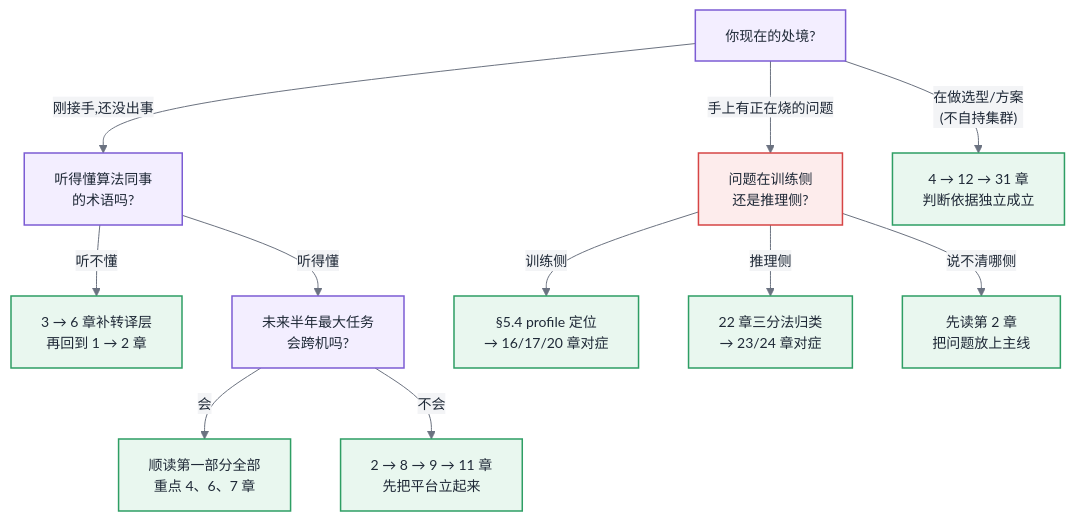
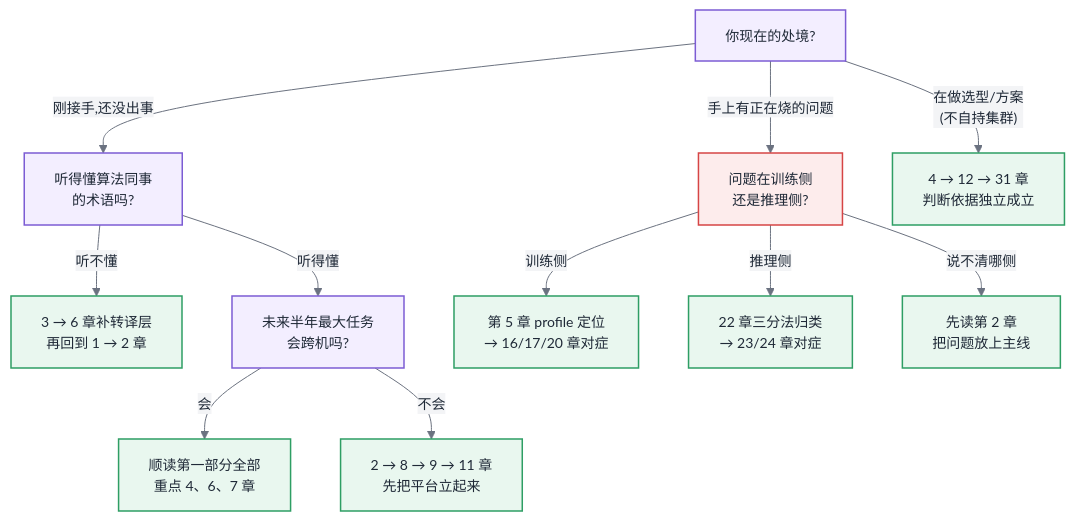
One commit to cdavid817/AI-Infra changed the third of 3 diagrams in 第一部分-基础与心智模型/第01章-从大数据基础设施到AI基础设施.md. Above: the diagram before and after it, drawn with Mermaid. The commit also changed 12 other files, not shown here.

Commit message:
mermaid 图内不再出现 §X.Y 小节引用:本章自引删除,跨章引用改为「第 X 章」表述(13 文件 28 处)

````diff
--- a/第一部分-基础与心智模型/第01章-从大数据基础设施到AI基础设施.md
+++ b/第一部分-基础与心智模型/第01章-从大数据基础设施到AI基础设施.md
@@ -262,25 +262,25 @@
 ```mermaid
 %%{init: {'theme':'base','themeVariables':{
   'primaryColor':'#EEF4FF','primaryBorderColor':'#3B6FD4','primaryTextColor':'#1F2937',
   'secondaryColor':'#F3F4F6','tertiaryColor':'#FFFFFF',
   'lineColor':'#6B7280','fontFamily':'-apple-system, Segoe UI, Helvetica, Arial, sans-serif','fontSize':'14px'
 }}}%%
 flowchart TB
   classDef q fill:#F3EEFF,stroke:#7C5CD4,stroke-width:1.5px,color:#1F2937
   classDef r fill:#E9F7EF,stroke:#2E9E64,stroke-width:1.5px,color:#1F2937
   classDef hot fill:#FDECEC,stroke:#D64545,stroke-width:1.5px,color:#1F2937
 
   S["你现在的处境?"]:::q
   S -- "刚接手,还没出事" --> Q1["听得懂算法同事<br/>的术语吗?"]:::q
   S -- "手上有正在烧的问题" --> Q2["问题在训练侧<br/>还是推理侧?"]:::hot
   S -- "在做选型/方案<br/>(不自持集群)" --> R5["4 → 12 → 31 章<br/>判断依据独立成立"]:::r
 
   Q1 -- "听不懂" --> R1["3 → 6 章补转译层<br/>再回到 1 → 2 章"]:::r
   Q1 -- "听得懂" --> Q3["未来半年最大任务<br/>会跨机吗?"]:::q
   Q3 -- "会" --> R2["顺读第一部分全部<br/>重点 4、6、7 章"]:::r
   Q3 -- "不会" --> R3["2 → 8 → 9 → 11 章<br/>先把平台立起来"]:::r
 
-  Q2 -- "训练侧" --> R4a["§5.4 profile 定位<br/>→ 16/17/20 章对症"]:::r
+  Q2 -- "训练侧" --> R4a["第 5 章 profile 定位<br/>→ 16/17/20 章对症"]:::r
   Q2 -- "推理侧" --> R4b["22 章三分法归类<br/>→ 23/24 章对症"]:::r
   Q2 -- "说不清哪侧" --> R4c["先读第 2 章<br/>把问题放上主线"]:::r
 ```
````
